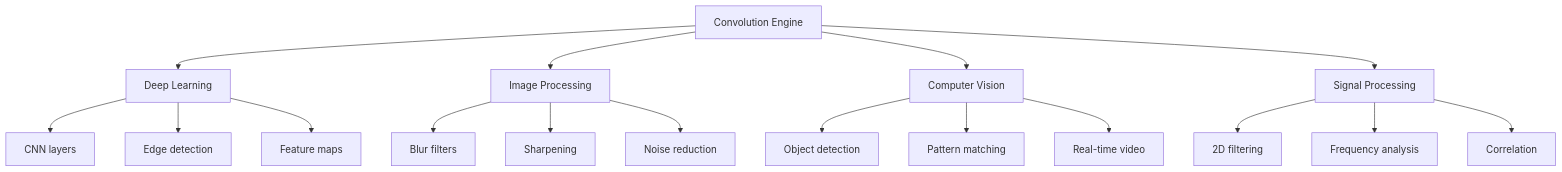
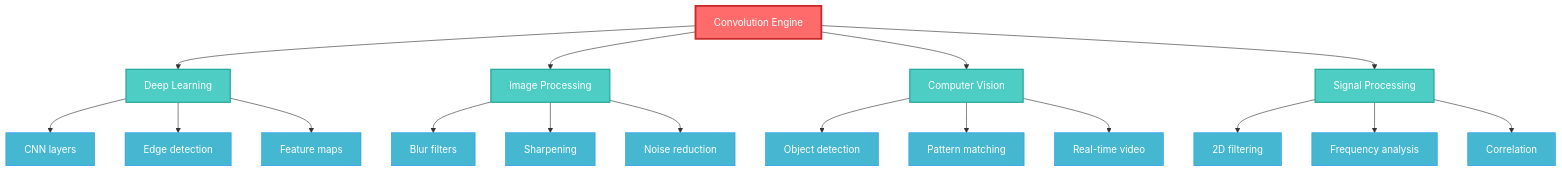
Before and after one commit to jalcim/logilib: diagram 12 of 12 in src/tensor/README.md, drawn with Mermaid. The commit also changed other lines of this file and 1 other file, not shown here.

Commit message:
more mermaid

````diff
--- a/src/tensor/README.md
+++ b/src/tensor/README.md
@@ -281,23 +305,31 @@
 ```mermaid
 graph TD
     A[Convolution Engine] --> B[Deep Learning]
     A --> C[Image Processing]
     A --> D[Computer Vision]
     A --> E[Signal Processing]
 
     B --> F[CNN layers]
     B --> G[Edge detection]
     B --> H[Feature maps]
 
     C --> I[Blur filters]
     C --> J[Sharpening]
     C --> K[Noise reduction]
 
     D --> L[Object detection]
     D --> M[Pattern matching]
     D --> N[Real-time video]
 
     E --> O[2D filtering]
     E --> P[Frequency analysis]
     E --> Q[Correlation]
+
+    classDef engine fill:#ff6b6b,stroke:#c92a2a,stroke-width:3px,color:#fff
+    classDef domain fill:#4ecdc4,stroke:#26a69a,stroke-width:2px,color:#fff
+    classDef app fill:#45b7d1,stroke:#2196f3,stroke-width:1px,color:#fff
+
+    class A engine
+    class B,C,D,E domain
+    class F,G,H,I,J,K,L,M,N,O,P,Q app
 ```
````
